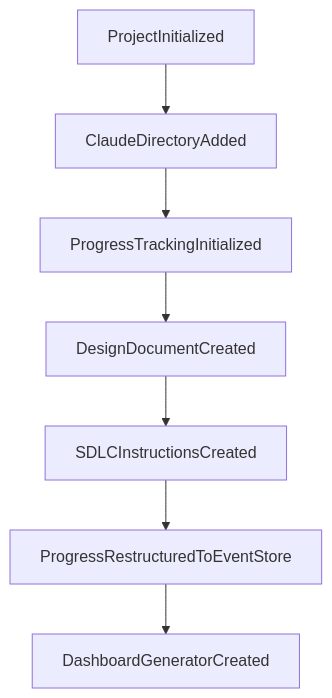
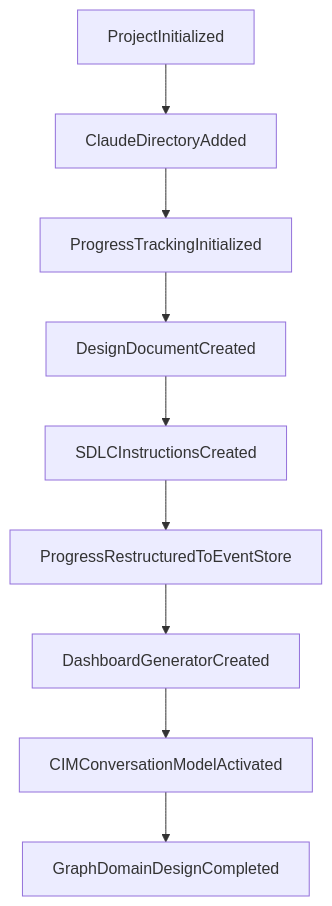
Before and after one commit to TheCowboyAI/cim-graph: the second of 2 diagrams in doc/progress/progress.md, drawn with Mermaid. The commit also changed other lines of this file and 3 other files, not shown here.

````diff
--- a/doc/progress/progress.md
+++ b/doc/progress/progress.md
@@ -73,10 +80,12 @@
 ```mermaid
 graph TD
     e99a30c7[ProjectInitialized]
     e99a30c7 --> e13a7004[ClaudeDirectoryAdded]
     e13a7004 --> 406533be[ProgressTrackingInitialized]
     406533be --> 47db4527[DesignDocumentCreated]
     47db4527 --> 6a38e749[SDLCInstructionsCreated]
     6a38e749 --> baea9958[ProgressRestructuredToEventStore]
     baea9958 --> 9aeed0a9[DashboardGeneratorCreated]
+    9aeed0a9 --> 17ba26b4[CIMConversationModelActivated]
+    17ba26b4 --> 00b04630[GraphDomainDesignCompleted]
 ```
````
